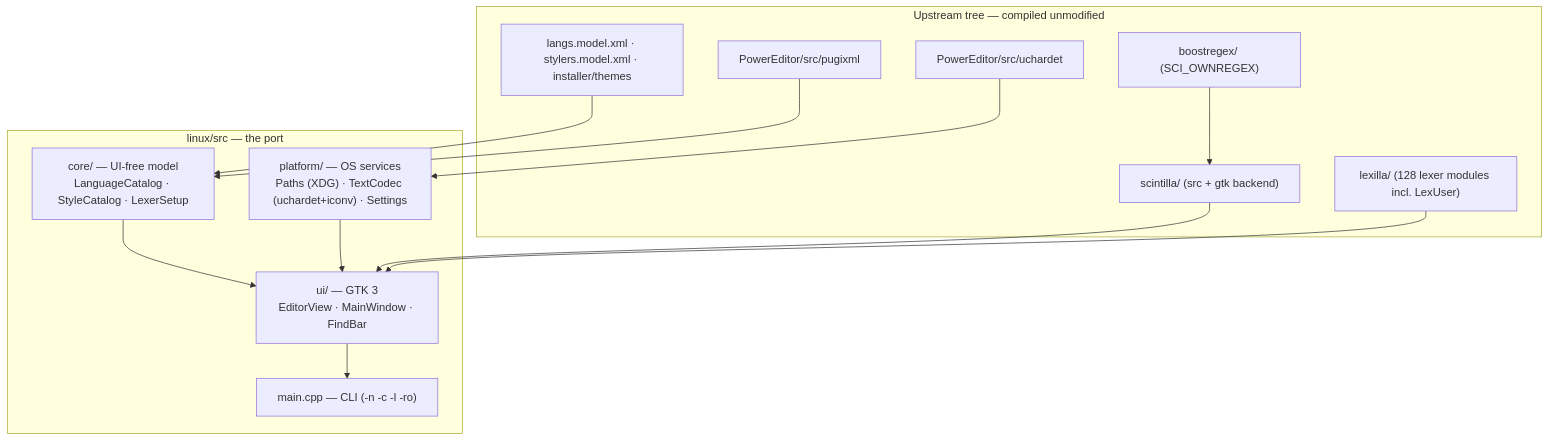
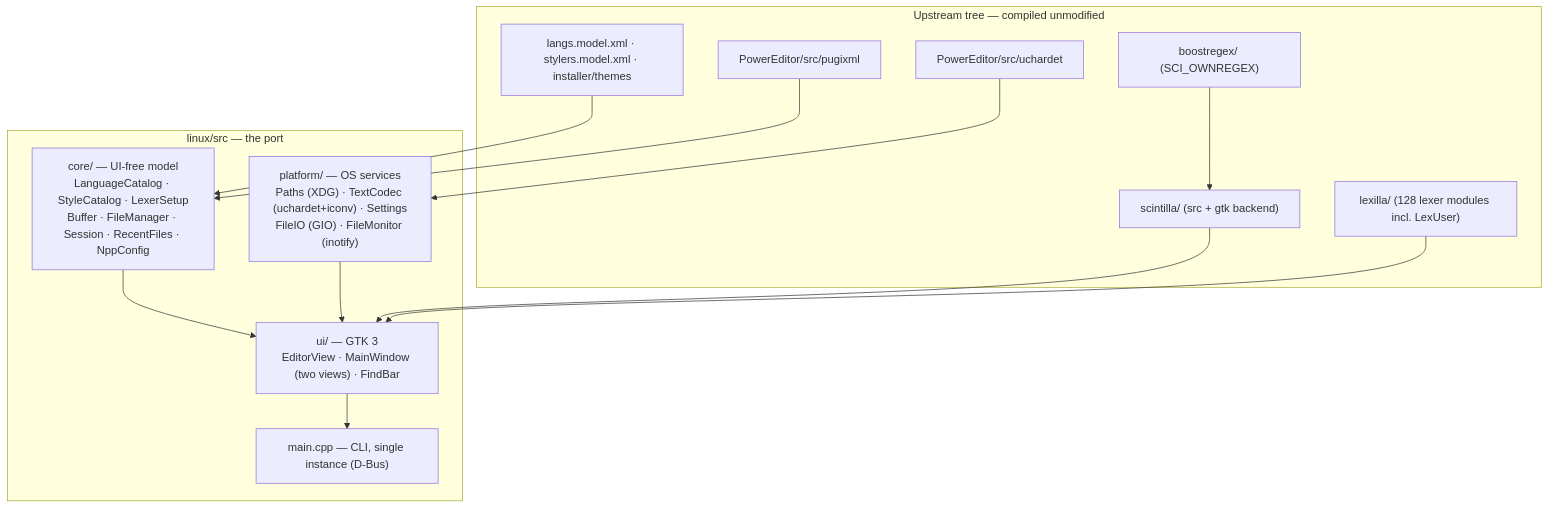
One commit to shchers/notepad-plus-plus changed the diagram in linux/docs/PORTING.md. Above: the diagram before and after it, drawn with Mermaid. The commit also changed other lines of this file and 33 other files, not shown here.

````diff
--- a/linux/docs/PORTING.md
+++ b/linux/docs/PORTING.md
@@ -136,26 +137,26 @@
 ```mermaid
 flowchart TB
     subgraph upstream["Upstream tree — compiled unmodified"]
         SCI["scintilla/ (src + gtk backend)"]
         LEX["lexilla/ (128 lexer modules incl. LexUser)"]
         BRX["boostregex/ (SCI_OWNREGEX)"]
         PUG["PowerEditor/src/pugixml"]
         UCD["PowerEditor/src/uchardet"]
         DATA["langs.model.xml · stylers.model.xml · installer/themes"]
     end
     subgraph port["linux/src — the port"]
-        CORE["core/ — UI-free model<br/>LanguageCatalog · StyleCatalog · LexerSetup"]
-        PLAT["platform/ — OS services<br/>Paths (XDG) · TextCodec (uchardet+iconv) · Settings"]
-        UI["ui/ — GTK 3<br/>EditorView · MainWindow · FindBar"]
-        MAIN["main.cpp — CLI (-n -c -l -ro)"]
+        CORE["core/ — UI-free model<br/>LanguageCatalog · StyleCatalog · LexerSetup<br/>Buffer · FileManager · Session · RecentFiles · NppConfig"]
+        PLAT["platform/ — OS services<br/>Paths (XDG) · TextCodec (uchardet+iconv) · Settings<br/>FileIO (GIO) · FileMonitor (inotify)"]
+        UI["ui/ — GTK 3<br/>EditorView · MainWindow (two views) · FindBar"]
+        MAIN["main.cpp — CLI, single instance (D-Bus)"]
     end
     DATA --> CORE
     PUG --> CORE
     UCD --> PLAT
     CORE --> UI
     PLAT --> UI
     SCI --> UI
     LEX --> UI
     BRX --> SCI
     UI --> MAIN
 ```
````
